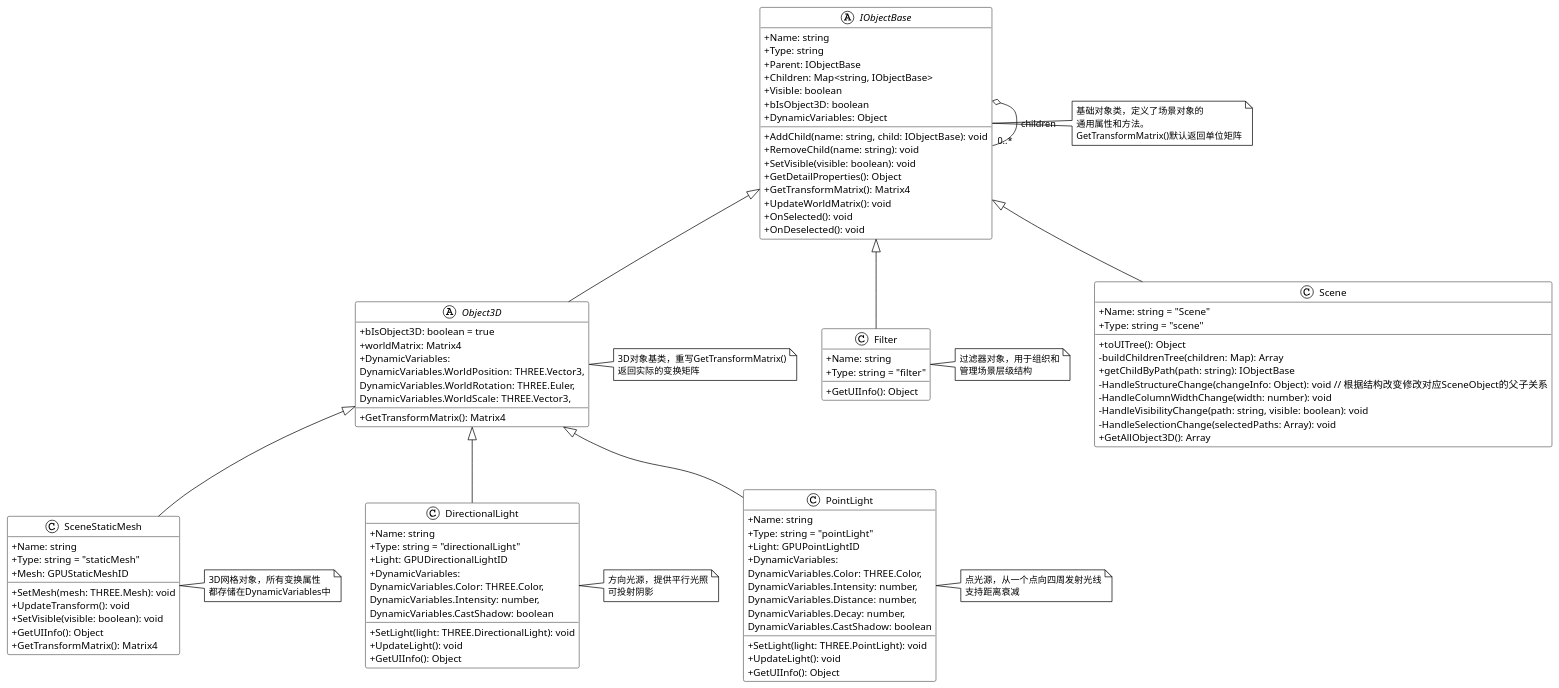
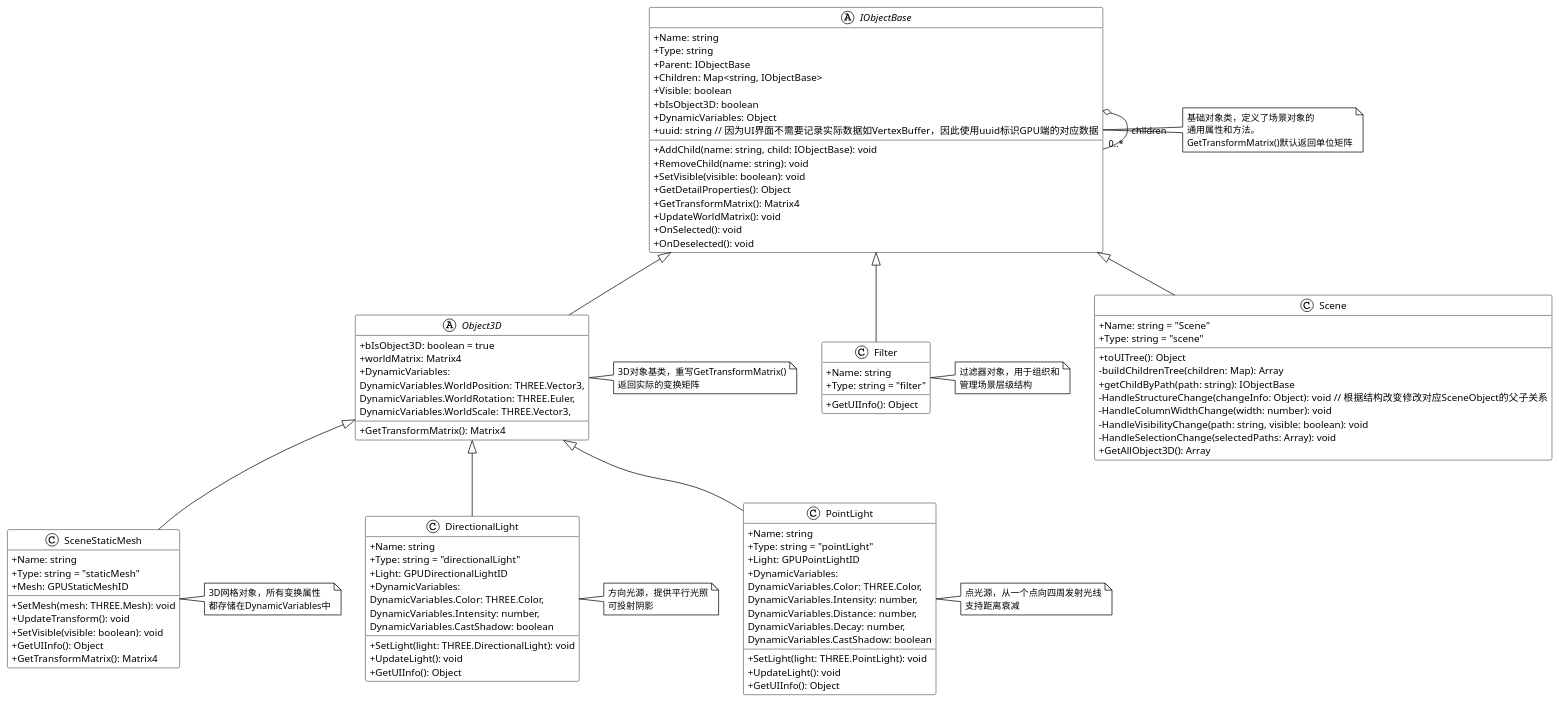
Before and after one commit to anfeng-AnF/webgpu-react: the diagram in Design/SceneObject.puml, drawn with PlantUML. The commit also changed 16 other files, not shown here.

```diff
--- a/Design/SceneObject.puml
+++ b/Design/SceneObject.puml
@@ -1,148 +1,149 @@
 @startuml SceneObject
 
 ' 使用现代风格主题
 !theme plain
 
 ' 定义类之间的关系样式
 skinparam ClassAttributeIconSize 0
 skinparam ClassBackgroundColor White
 skinparam ClassBorderColor #666666
 
 ' 基类
 abstract class IObjectBase {
   + Name: string
   + Type: string
   + Parent: IObjectBase
   + Children: Map<string, IObjectBase>
   + Visible: boolean
   + bIsObject3D: boolean
   + DynamicVariables: Object
+  + uuid: string // 因为UI界面不需要记录实际数据如VertexBuffer，因此使用uuid标识GPU端的对应数据
   + AddChild(name: string, child: IObjectBase): void
   + RemoveChild(name: string): void
   + SetVisible(visible: boolean): void
   + GetDetailProperties(): Object
   + GetTransformMatrix(): Matrix4
   + UpdateWorldMatrix(): void
   + OnSelected(): void
   + OnDeselected(): void
 }
 
 ' Object3D中间层
 abstract class Object3D {
   + bIsObject3D: boolean = true
   + worldMatrix: Matrix4
   + DynamicVariables: 
     DynamicVariables.WorldPosition: THREE.Vector3,
     DynamicVariables.WorldRotation: THREE.Euler,
     DynamicVariables.WorldScale: THREE.Vector3,
   + GetTransformMatrix(): Matrix4
 }
 
 ' Scene类
 class Scene {
   + Name: string = "Scene"
   + Type: string = "scene"
   + toUITree(): Object
   - buildChildrenTree(children: Map): Array
   + getChildByPath(path: string): IObjectBase
   - HandleStructureChange(changeInfo: Object): void // 根据结构改变修改对应SceneObject的父子关系
   - HandleColumnWidthChange(width: number): void
   - HandleVisibilityChange(path: string, visible: boolean): void
   - HandleSelectionChange(selectedPaths: Array): void
   + GetAllObject3D(): Array
 }
 
 ' Filter类
 class Filter {
   + Name: string
   + Type: string = "filter"
   + GetUIInfo(): Object
 }
 
 ' SceneStaticMesh类
 class SceneStaticMesh {
   + Name: string
   + Type: string = "staticMesh"
   + Mesh: GPUStaticMeshID
     
   + SetMesh(mesh: THREE.Mesh): void
   + UpdateTransform(): void
   + SetVisible(visible: boolean): void
   + GetUIInfo(): Object
   + GetTransformMatrix(): Matrix4
 }
 
 ' DirectionalLight类
 class DirectionalLight {
   + Name: string
   + Type: string = "directionalLight"
   + Light: GPUDirectionalLightID
   + DynamicVariables:
     DynamicVariables.Color: THREE.Color,
     DynamicVariables.Intensity: number,
     DynamicVariables.CastShadow: boolean
   + SetLight(light: THREE.DirectionalLight): void
   + UpdateLight(): void
   + GetUIInfo(): Object
 }
 
 ' PointLight类
 class PointLight {
   + Name: string
   + Type: string = "pointLight"
   + Light: GPUPointLightID
   + DynamicVariables:
     DynamicVariables.Color: THREE.Color,
     DynamicVariables.Intensity: number,
     DynamicVariables.Distance: number,
     DynamicVariables.Decay: number,
     DynamicVariables.CastShadow: boolean
   + SetLight(light: THREE.PointLight): void
   + UpdateLight(): void
   + GetUIInfo(): Object
 }
 
 ' 定义类之间的关系
 IObjectBase <|-- Scene
 IObjectBase <|-- Filter
 IObjectBase <|-- Object3D
 Object3D <|-- SceneStaticMesh
 Object3D <|-- DirectionalLight
 Object3D <|-- PointLight
 
 ' 组合关系
 IObjectBase o-- "0..*" IObjectBase : children
 
 ' 添加注释
 note right of IObjectBase
   基础对象类，定义了场景对象的
   通用属性和方法。
   GetTransformMatrix()默认返回单位矩阵
 end note
 
 note right of Object3D
   3D对象基类，重写GetTransformMatrix()
   返回实际的变换矩阵
 end note
 
 note right of SceneStaticMesh
   3D网格对象，所有变换属性
   都存储在DynamicVariables中
 end note
 
 note right of Filter
   过滤器对象，用于组织和
   管理场景层级结构
 end note
 
 note right of DirectionalLight
   方向光源，提供平行光照
   可投射阴影
 end note
 
 note right of PointLight
   点光源，从一个点向四周发射光线
   支持距离衰减
 end note
 
 @enduml
```
